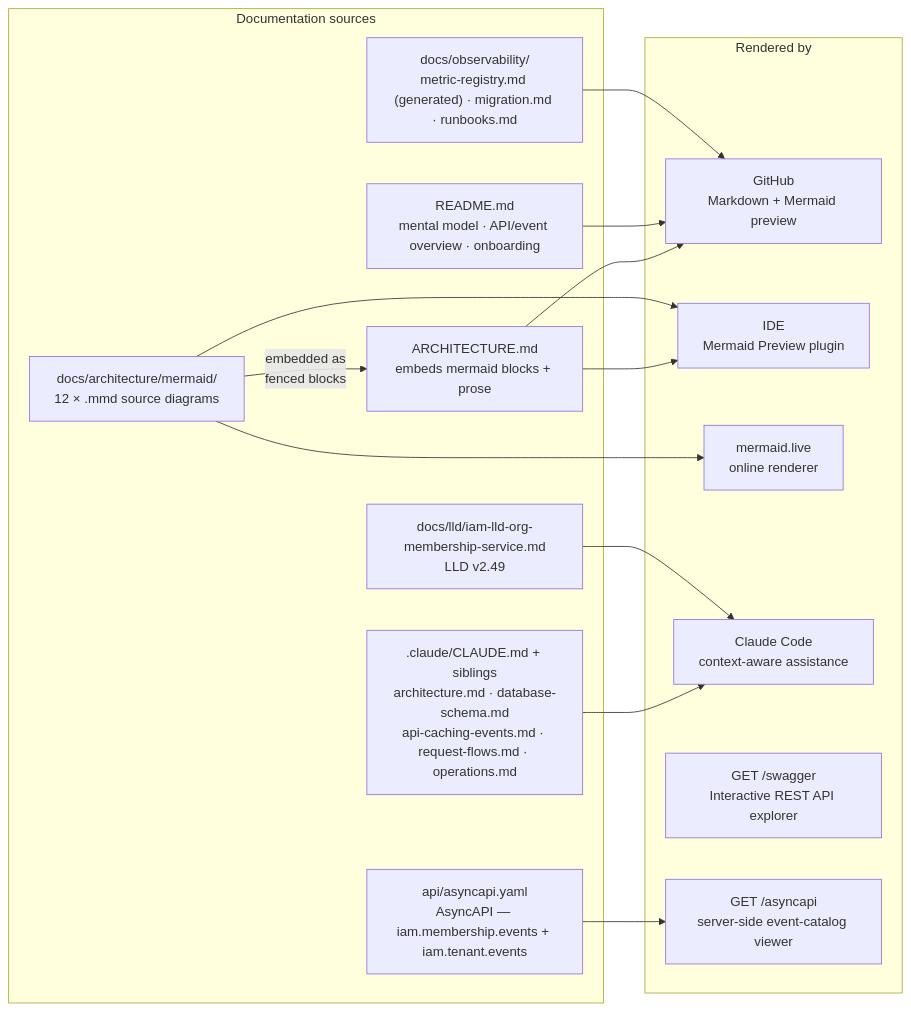
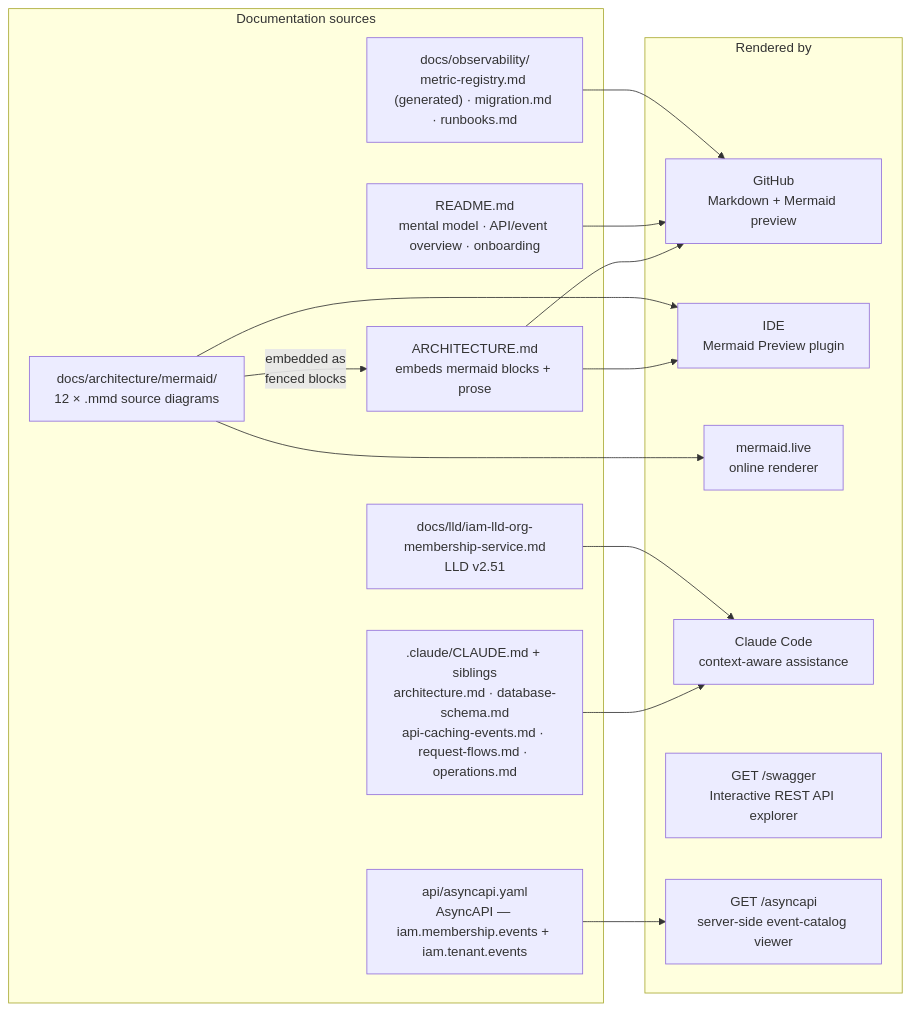
Diagram 13 of 13 in ARCHITECTURE.md (BCBP-SOLUTIONS-FZC-LLC/iam-org-membership), drawn with Mermaid before and after one commit. The commit also changed other lines of this file and 70 other files, not shown here.

````diff
--- a/ARCHITECTURE.md
+++ b/ARCHITECTURE.md
@@ -1377,30 +1385,30 @@
 ```mermaid
 graph LR
     subgraph sources["Documentation sources"]
         mmd["docs/architecture/mermaid/\n12 × .mmd source diagrams"]
         arch["ARCHITECTURE.md\nembeds mermaid blocks + prose"]
         claude[".claude/CLAUDE.md + siblings\narchitecture.md · database-schema.md\napi-caching-events.md · request-flows.md · operations.md"]
         readme["README.md\nmental model · API/event overview · onboarding"]
         asyncapi_yaml["api/asyncapi.yaml\nAsyncAPI — iam.membership.events + iam.tenant.events"]
-        lld["docs/lld/iam-lld-org-membership-service.md\nLLD v2.49"]
+        lld["docs/lld/iam-lld-org-membership-service.md\nLLD v2.51"]
         obsdocs["docs/observability/\nmetric-registry.md (generated) · migration.md · runbooks.md"]
     end
 
     subgraph rendered["Rendered by"]
         github["GitHub\nMarkdown + Mermaid preview"]
         ide["IDE\nMermaid Preview plugin"]
         live["mermaid.live\nonline renderer"]
         claude_ai["Claude Code\ncontext-aware assistance"]
         swagger_viewer["GET /swagger\nInteractive REST API explorer"]
         asyncapi_viewer["GET /asyncapi\nserver-side event-catalog viewer"]
     end
 
     mmd  -->|"embedded as\nfenced blocks"| arch
     arch --> github & ide
     mmd  --> live & ide
     claude --> claude_ai
     readme --> github
     lld --> claude_ai
     obsdocs --> github
     asyncapi_yaml --> asyncapi_viewer
 ```
````
